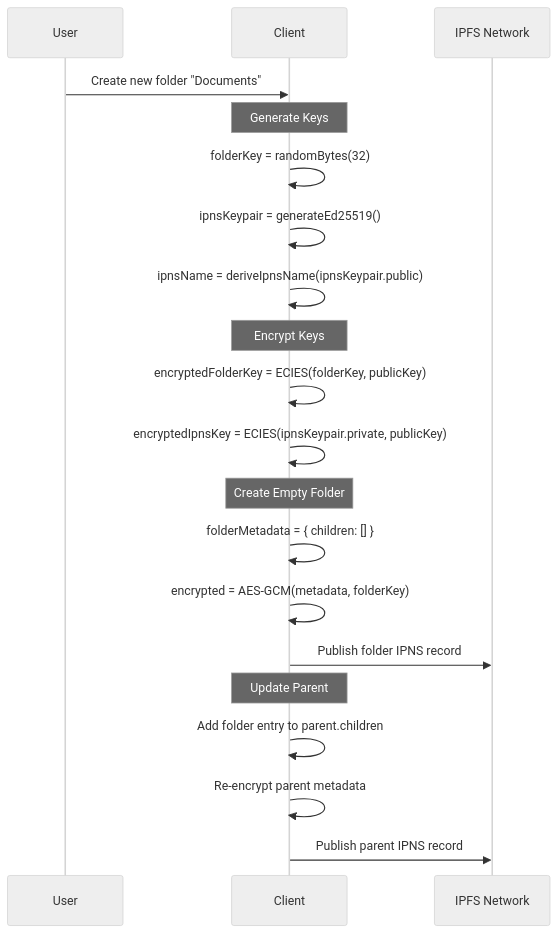
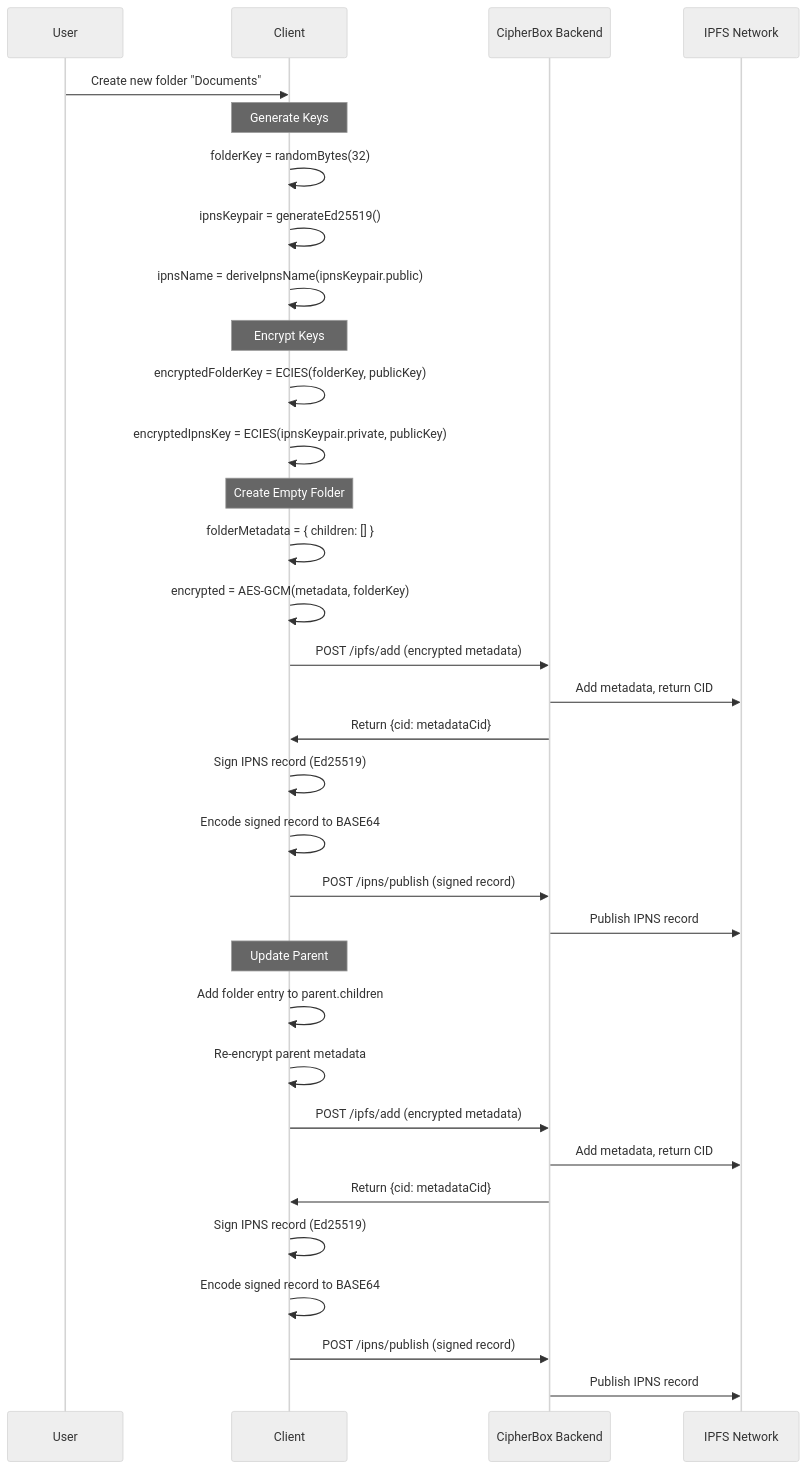
One commit to FSM1/cipher-box changed the ninth of 14 diagrams in Documentation/DATA_FLOWS.md. Above: the diagram before and after it, drawn with Mermaid (neutral theme). The commit also changed other lines of this file and 8 other files, not shown here.

First line of the commit message:
Add IPFS/IPNS relay endpoint details (#4)

````diff
--- a/Documentation/DATA_FLOWS.md
+++ b/Documentation/DATA_FLOWS.md
@@ -359,27 +369,40 @@
 ```mermaid
 sequenceDiagram
     participant U as User
     participant C as Client
+    participant B as CipherBox Backend
     participant IPFS as IPFS Network
     
     U->>C: Create new folder "Documents"
     
     Note over C: Generate Keys
     C->>C: folderKey = randomBytes(32)
     C->>C: ipnsKeypair = generateEd25519()
     C->>C: ipnsName = deriveIpnsName(ipnsKeypair.public)
     
     Note over C: Encrypt Keys
     C->>C: encryptedFolderKey = ECIES(folderKey, publicKey)
     C->>C: encryptedIpnsKey = ECIES(ipnsKeypair.private, publicKey)
     
     Note over C: Create Empty Folder
     C->>C: folderMetadata = { children: [] }
     C->>C: encrypted = AES-GCM(metadata, folderKey)
-    C->>IPFS: Publish folder IPNS record
+    C->>B: POST /ipfs/add (encrypted metadata)
+    B->>IPFS: Add metadata, return CID
+    B->>C: Return {cid: metadataCid}
+    C->>C: Sign IPNS record (Ed25519)
+    C->>C: Encode signed record to BASE64
+    C->>B: POST /ipns/publish (signed record)
+    B->>IPFS: Publish IPNS record
     
     Note over C: Update Parent
     C->>C: Add folder entry to parent.children
     C->>C: Re-encrypt parent metadata
-    C->>IPFS: Publish parent IPNS record
+    C->>B: POST /ipfs/add (encrypted metadata)
+    B->>IPFS: Add metadata, return CID
+    B->>C: Return {cid: metadataCid}
+    C->>C: Sign IPNS record (Ed25519)
+    C->>C: Encode signed record to BASE64
+    C->>B: POST /ipns/publish (signed record)
+    B->>IPFS: Publish IPNS record
 ```
````
